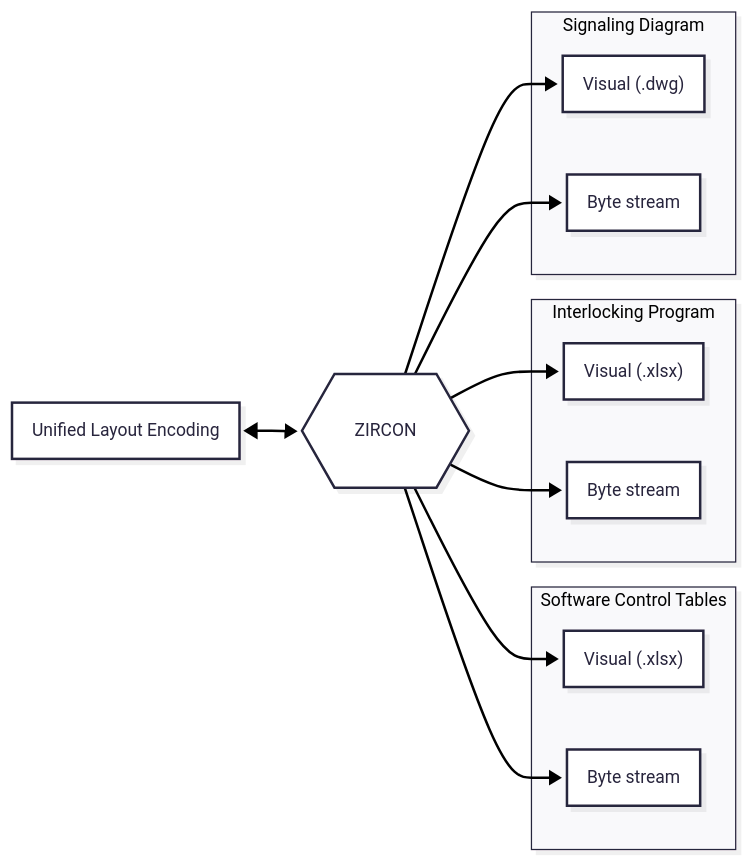
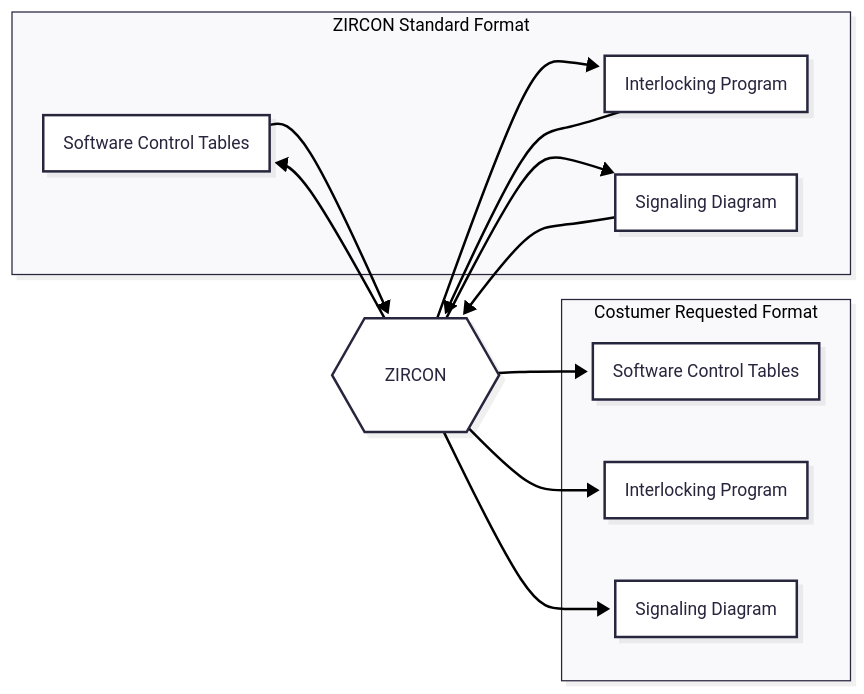
Before and after one commit to 7diogo-luis/ZIRCON: the second of 2 diagrams in README.md, drawn with Mermaid.

````diff
--- a/README.md
+++ b/README.md
@@ -216,28 +216,30 @@
 ```mermaid
 ---
 config:
+  layout: fixed
   look: neo
   theme: redux
 ---
 flowchart LR
- subgraph s2["Software Control Tables"]
-        n12["Visual (.xlsx)"]
-        n13@{ label: "<span style=\"color:\">Byte stream</span>" }
+ subgraph s1["ZIRCON Standard Format"]
+        n12@{ label: "<span style=\"background-color:\">Software Control Tables</span>" }
+        n14@{ label: "<span style=\"background-color:\">Interlocking Program</span>" }
+        n16@{ label: "<span style=\"background-color:\">Signaling Diagram</span>" }
   end
- subgraph s3["Interlocking Program"]
-        n14["Visual (.xlsx)"]
-        n15@{ label: "<span style=\"color:\">Byte stream</span>" }
+ subgraph s2["Costumer Requested Format"]
+        n17@{ label: "<span style=\"background-color:\">Software Control Tables</span>" }
+        n18@{ label: "<span style=\"background-color:\">Interlocking Program</span>" }
+        n19@{ label: "<span style=\"background-color:\">Signaling Diagram</span>" }
   end
- subgraph s4["Signaling Diagram"]
-        n16["Visual (.dwg)"]
-        n17@{ label: "<span style=\"color:\">Byte stream</span>" }
-  end
-    n1["ZIRCON"] --> n12 & n13 & n15 & n14 & n16 & n17
-    n11["Unified Layout Encoding"] <--> n1
-    n13@{ shape: rect}
-    n15@{ shape: rect}
+    n1["ZIRCON"] --> n19 & n18 & n17 & n12 & n14 & n16
+    n12 --> n1
+    n14 --> n1
+    n16 --> n1
+    n12@{ shape: rect}
+    n14@{ shape: rect}
     n16@{ shape: rect}
     n17@{ shape: rect}
+    n18@{ shape: rect}
+    n19@{ shape: rect}
     n1@{ shape: hex}
-
 ```
````
